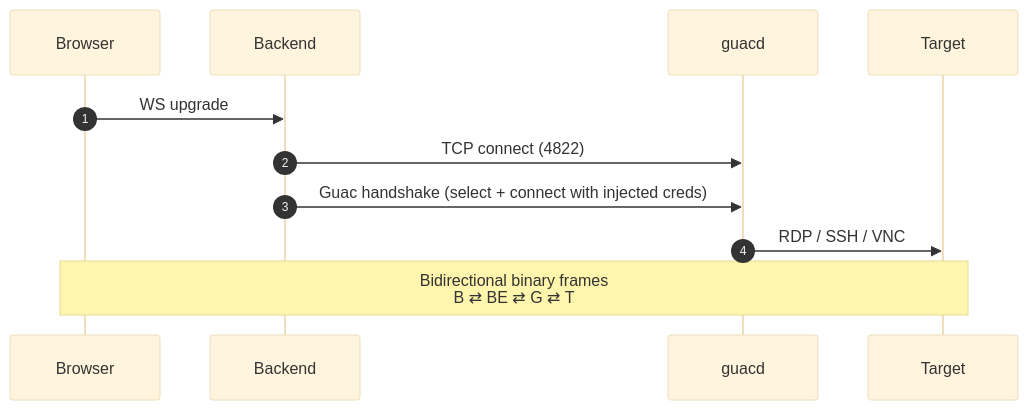
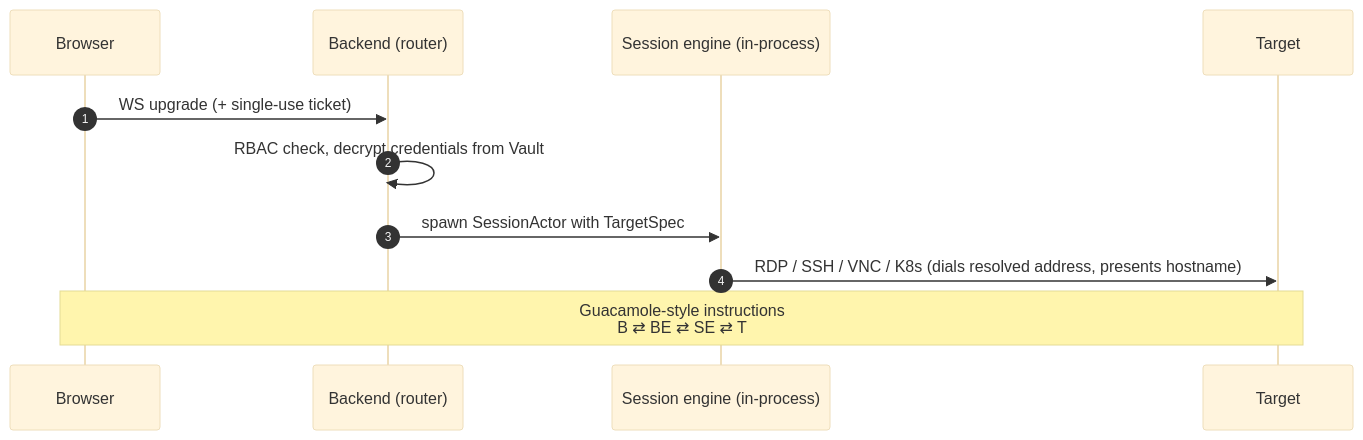
Before and after one commit to Bails309/strata-client: the second of 8 diagrams in docs/architecture.md, drawn with Mermaid (base theme). The commit also changed other lines of this file and 167 other files, not shown here.

````diff
--- a/docs/architecture.md
+++ b/docs/architecture.md
@@ -231,13 +303,13 @@
 ```mermaid
 sequenceDiagram
     autonumber
     participant B as Browser
-    participant BE as Backend
-    participant G as guacd
+    participant BE as Backend (router)
+    participant SE as Session engine (in-process)
     participant T as Target
-    B->>BE: WS upgrade
-    BE->>G: TCP connect (4822)
-    BE->>G: Guac handshake (select + connect with injected creds)
-    G->>T: RDP / SSH / VNC
-    Note over B,T: Bidirectional binary frames<br/>B ⇄ BE ⇄ G ⇄ T
+    B->>BE: WS upgrade (+ single-use ticket)
+    BE->>BE: RBAC check, decrypt credentials from Vault
+    BE->>SE: spawn SessionActor with TargetSpec
+    SE->>T: RDP / SSH / VNC / K8s (dials resolved address, presents hostname)
+    Note over B,T: Guacamole-style instructions<br/>B ⇄ BE ⇄ SE ⇄ T
 ```
````
